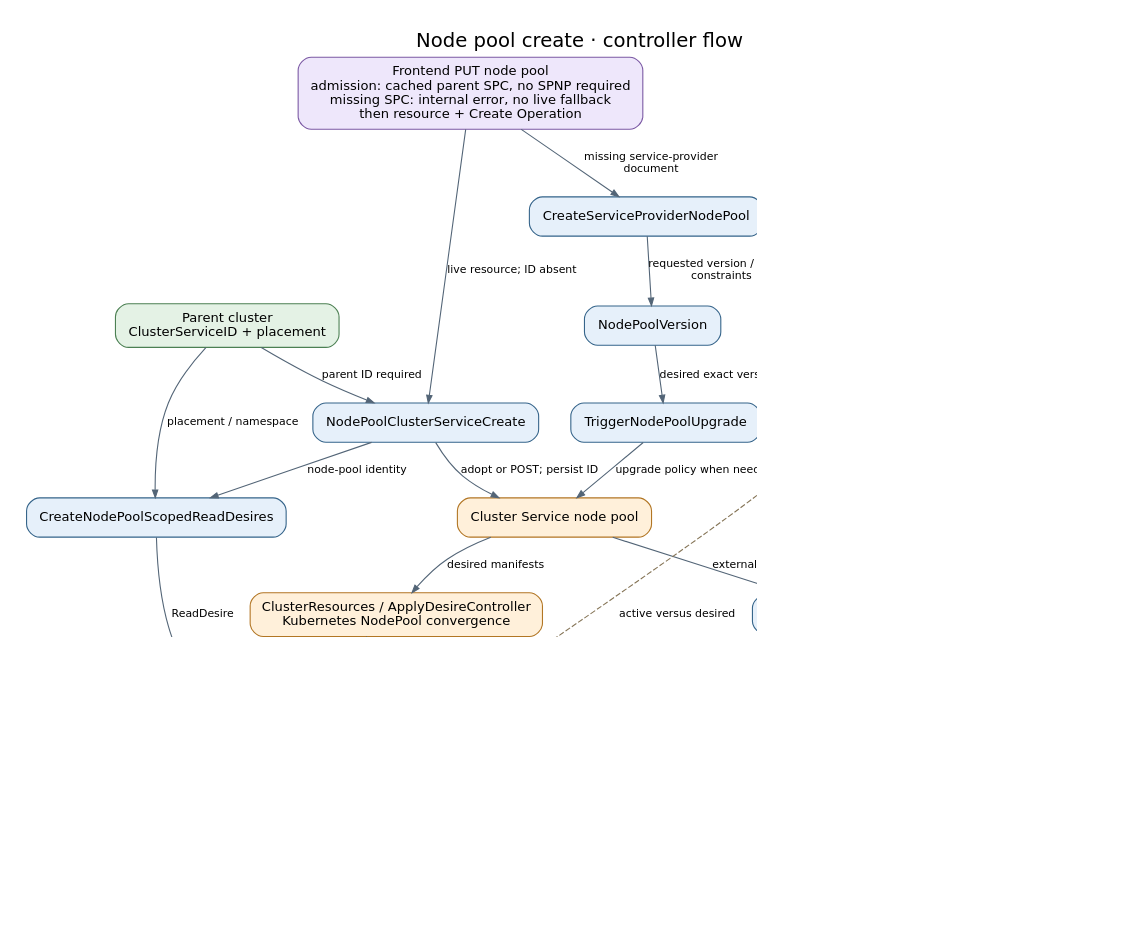
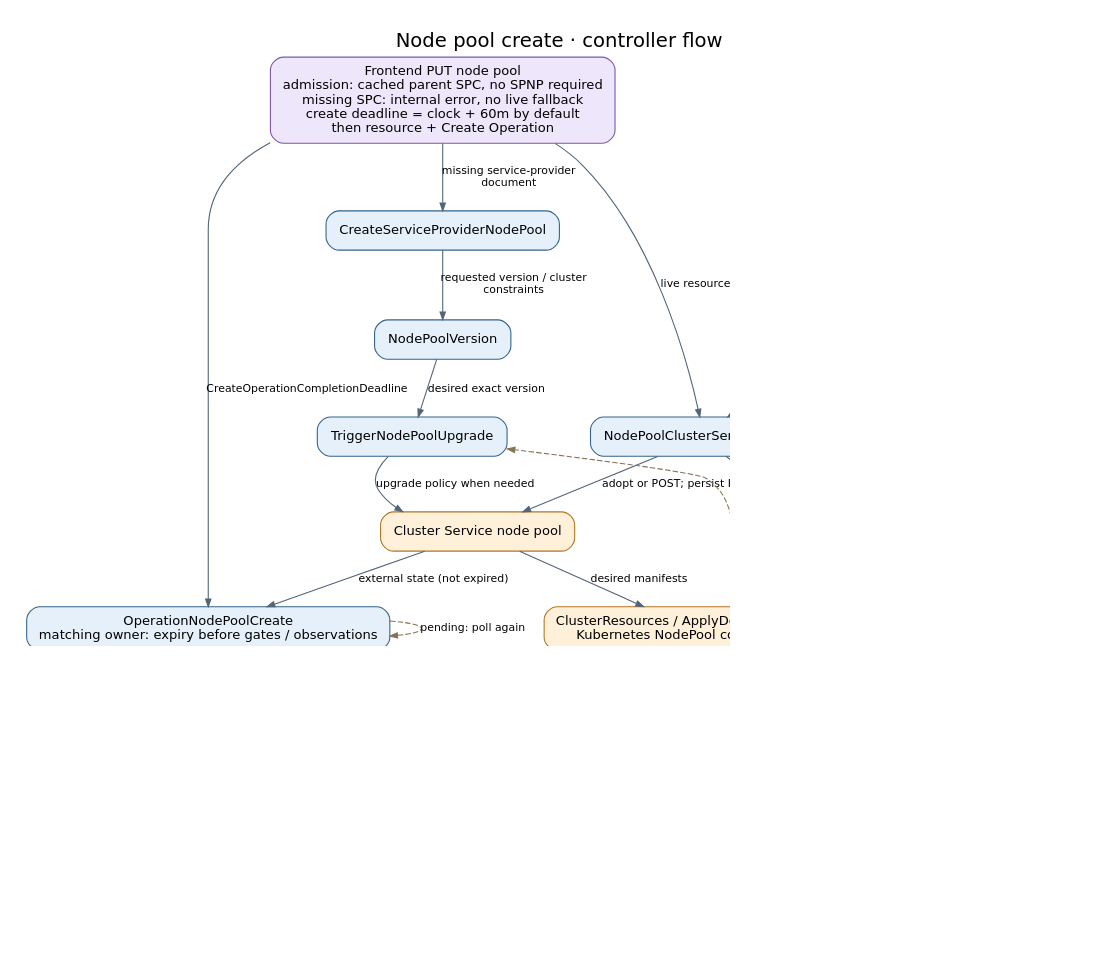
One commit to Azure/ARO-HCP changed the diagram in docs/diagrams/controller-flows/nodepool-create.dot. Above: the diagram before and after it, drawn with Graphviz. The commit also changed 58 other files, not shown here.

Commit message:
fix: bound resource operation monitoring deadlines

```diff
--- a/docs/diagrams/controller-flows/nodepool-create.dot
+++ b/docs/diagrams/controller-flows/nodepool-create.dot
@@ -1,37 +1,38 @@
 digraph nodepool_create {
   graph [rankdir=TB, bgcolor="white", pad="0.3", nodesep="0.4", ranksep="0.55", fontname="DejaVu Sans", fontsize=18, labelloc=t, label="Node pool create · controller flow", dpi=110];
   node [shape=box, style="rounded,filled", fillcolor="#e6f0fa", color="#35648a", fontname="DejaVu Sans", fontsize=12, margin="0.16,0.10"];
   edge [color="#536577", fontname="DejaVu Sans", fontsize=10, arrowsize=0.7];
-  api [label="Frontend PUT node pool\nadmission: cached parent SPC, no SPNP required\nmissing SPC: internal error, no live fallback\nthen resource + Create Operation", fillcolor="#eee7fb", color="#7b59a4"];
+  api [label="Frontend PUT node pool\nadmission: cached parent SPC, no SPNP required\nmissing SPC: internal error, no live fallback\ncreate deadline = clock + 60m by default\nthen resource + Create Operation", fillcolor="#eee7fb", color="#7b59a4"];
   parent [label="Parent cluster\nClusterServiceID + placement", fillcolor="#e4f2e5", color="#4c8053"];
   create [label="NodePoolClusterServiceCreate", fillcolor="#e6f0fa", color="#35648a"];
   sp [label="CreateServiceProviderNodePool", fillcolor="#e6f0fa", color="#35648a"];
   version [label="NodePoolVersion", fillcolor="#e6f0fa", color="#35648a"];
   upgrade [label="TriggerNodePoolUpgrade", fillcolor="#e6f0fa", color="#35648a"];
   cs [label="Cluster Service node pool", fillcolor="#fff0da", color="#b27624"];
   resources [label="ClusterResources / ApplyDesireController\nKubernetes NodePool convergence", fillcolor="#fff0da", color="#b27624"];
   read [label="CreateNodePoolScopedReadDesires", fillcolor="#e6f0fa", color="#35648a"];
   mirror [label="ReadDesireKubernetesController", fillcolor="#e6f0fa", color="#35648a"];
   active [label="NodePoolActiveVersions", fillcolor="#e6f0fa", color="#35648a"];
-  op [label="OperationNodePoolCreate", fillcolor="#e6f0fa", color="#35648a"];
+  op [label="OperationNodePoolCreate\nmatching owner: expiry before gates / observations", fillcolor="#e6f0fa", color="#35648a"];
   done [label="ARM operation terminal state", fillcolor="#e4f2e5", color="#4c8053"];
   api -> create [label="live resource; ID absent"];
   parent -> create [label="parent ID required"];
   api -> sp [label="missing service-provider\ndocument"];
   sp -> version [label="requested version / cluster\nconstraints"];
   version -> upgrade [label="desired exact version"];
   create -> cs [label="adopt or POST; persist ID"];
   upgrade -> cs [label="upgrade policy when needed"];
   cs -> resources [label="desired manifests"];
   parent -> read [label="placement / namespace"];
   create -> read [label="node-pool identity"];
   resources -> mirror [label="observed NodePool"];
   read -> mirror [label="ReadDesire"];
   mirror -> active [label="observed version"];
-  cs -> op [label="external state"];
-  op -> done [label="complete or fail;\npending past deadline: selected code + reasons;\nonly InternalServerError becomes DeadlineExceeded"];
+  api -> op [label="CreateOperationCompletionDeadline"];
+  cs -> op [label="external state (not expired)"];
+  op -> done [label="expired: Failed / DeadlineExceeded\n(best-effort cached NodePool message);\notherwise normal completion / failure checks"];
   observed [label="Customer resource Status.ActiveVersions\nfull OCP versions", fillcolor="#e4f2e5", color="#4c8053"];
   active -> observed [label="separate Cosmos replace"];
   active -> upgrade [label="active versus desired", style=dashed, color="#857456", constraint=false];
   op -> op [label="pending: poll again", style=dashed, color="#857456", constraint=false];
 }
```
